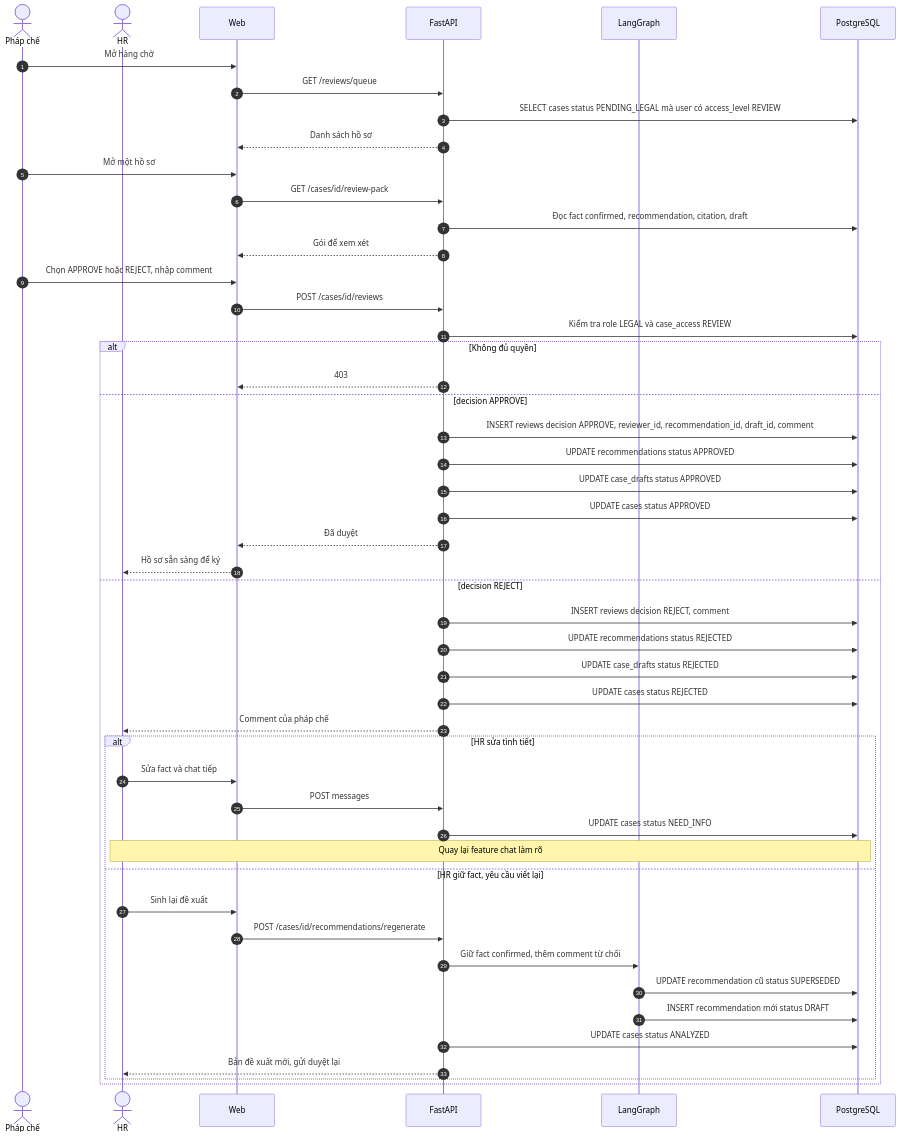
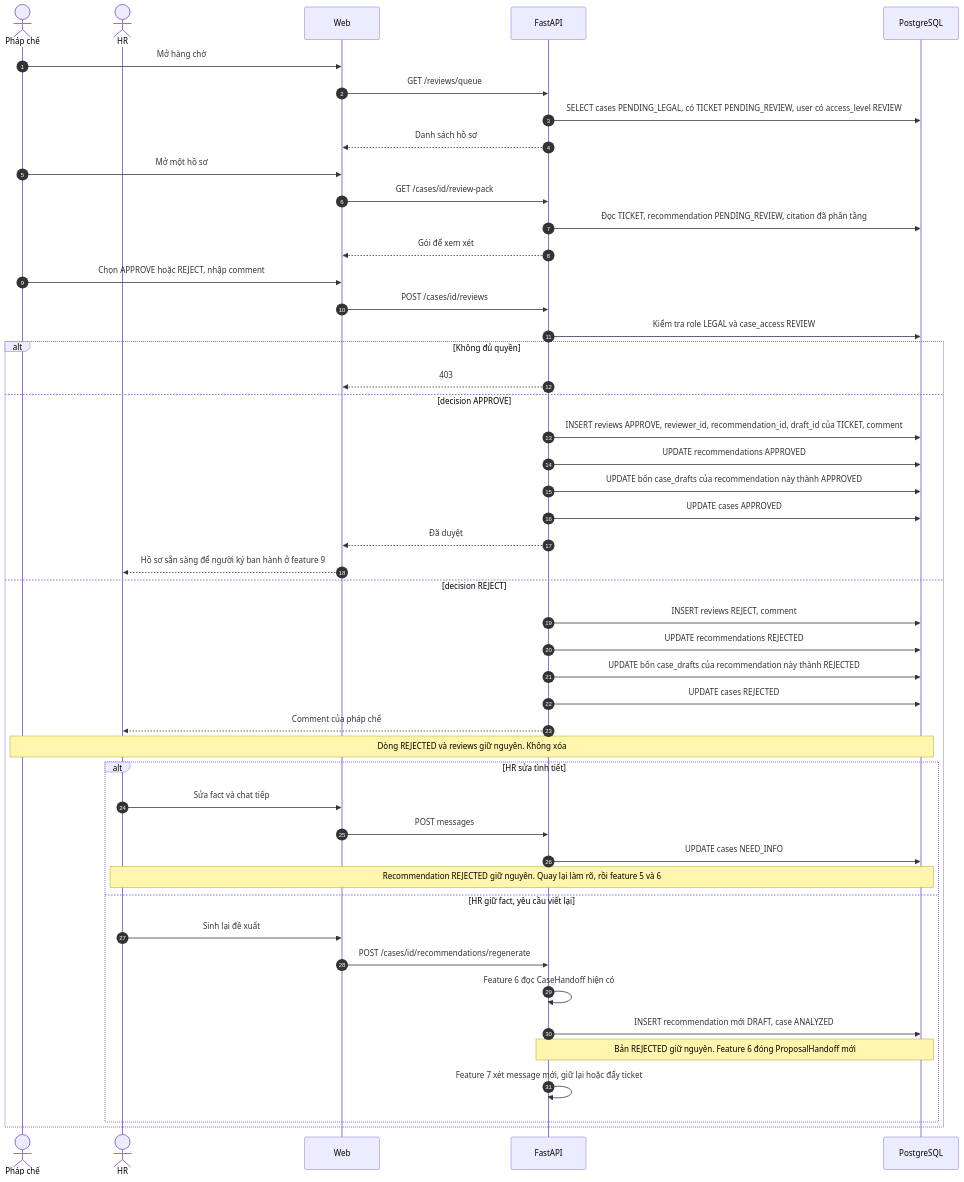
The tenth of 15 diagrams in docs/features/features.md (Tuan-Nguyen-Minhh/HRHelp), drawn with Mermaid before and after one commit. The commit also changed other lines of this file and 20 other files, not shown here.

Commit message:
feat(proposal): Enhance proposal handling with new draft and dispatch logic

````diff
--- a/docs/features/features.md
+++ b/docs/features/features.md
@@ -520,52 +593,51 @@
 ```mermaid
 sequenceDiagram
     autonumber
     actor LC as Pháp chế
     actor HR as HR
     participant UI as Web
     participant API as FastAPI
-    participant AG as LangGraph
     participant DB as PostgreSQL
 
     LC->>UI: Mở hàng chờ
     UI->>API: GET /reviews/queue
-    API->>DB: SELECT cases status PENDING_LEGAL mà user có access_level REVIEW
+    API->>DB: SELECT cases PENDING_LEGAL, có TICKET PENDING_REVIEW, user có access_level REVIEW
     API-->>UI: Danh sách hồ sơ
     LC->>UI: Mở một hồ sơ
     UI->>API: GET /cases/id/review-pack
-    API->>DB: Đọc fact confirmed, recommendation, citation, draft
+    API->>DB: Đọc TICKET, recommendation PENDING_REVIEW, citation đã phân tầng
     API-->>UI: Gói để xem xét
     LC->>UI: Chọn APPROVE hoặc REJECT, nhập comment
     UI->>API: POST /cases/id/reviews
     API->>DB: Kiểm tra role LEGAL và case_access REVIEW
     alt Không đủ quyền
         API-->>UI: 403
     else decision APPROVE
-        API->>DB: INSERT reviews decision APPROVE, reviewer_id, recommendation_id, draft_id, comment
-        API->>DB: UPDATE recommendations status APPROVED
-        API->>DB: UPDATE case_drafts status APPROVED
-        API->>DB: UPDATE cases status APPROVED
+        API->>DB: INSERT reviews APPROVE, reviewer_id, recommendation_id, draft_id của TICKET, comment
+        API->>DB: UPDATE recommendations APPROVED
+        API->>DB: UPDATE bốn case_drafts của recommendation này thành APPROVED
+        API->>DB: UPDATE cases APPROVED
         API-->>UI: Đã duyệt
-        UI-->>HR: Hồ sơ sẵn sàng để ký
+        UI-->>HR: Hồ sơ sẵn sàng để người ký ban hành ở feature 9
     else decision REJECT
-        API->>DB: INSERT reviews decision REJECT, comment
-        API->>DB: UPDATE recommendations status REJECTED
-        API->>DB: UPDATE case_drafts status REJECTED
-        API->>DB: UPDATE cases status REJECTED
+        API->>DB: INSERT reviews REJECT, comment
+        API->>DB: UPDATE recommendations REJECTED
+        API->>DB: UPDATE bốn case_drafts của recommendation này thành REJECTED
+        API->>DB: UPDATE cases REJECTED
         API-->>HR: Comment của pháp chế
+        Note over LC,DB: Dòng REJECTED và reviews giữ nguyên. Không xóa
         alt HR sửa tình tiết
             HR->>UI: Sửa fact và chat tiếp
             UI->>API: POST messages
-            API->>DB: UPDATE cases status NEED_INFO
-            Note over HR,DB: Quay lại feature chat làm rõ
+            API->>DB: UPDATE cases NEED_INFO
+            Note over HR,DB: Recommendation REJECTED giữ nguyên. Quay lại làm rõ, rồi feature 5 và 6
         else HR giữ fact, yêu cầu viết lại
             HR->>UI: Sinh lại đề xuất
             UI->>API: POST /cases/id/recommendations/regenerate
-            API->>AG: Giữ fact confirmed, thêm comment từ chối
-            AG->>DB: UPDATE recommendation cũ status SUPERSEDED
-            AG->>DB: INSERT recommendation mới status DRAFT
-            API->>DB: UPDATE cases status ANALYZED
-            API-->>HR: Bản đề xuất mới, gửi duyệt lại
+            API->>API: Feature 6 đọc CaseHandoff hiện có
+            API->>DB: INSERT recommendation mới DRAFT, case ANALYZED
+            Note over API,DB: Bản REJECTED giữ nguyên. Feature 6 đóng ProposalHandoff mới
+            API->>API: Feature 7 xét message mới, giữ lại hoặc đẩy ticket
         end
     end
 ```
````
